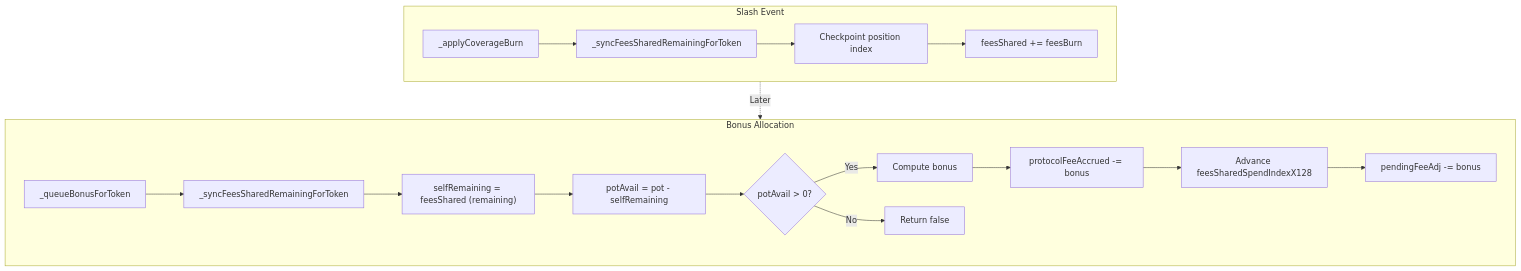
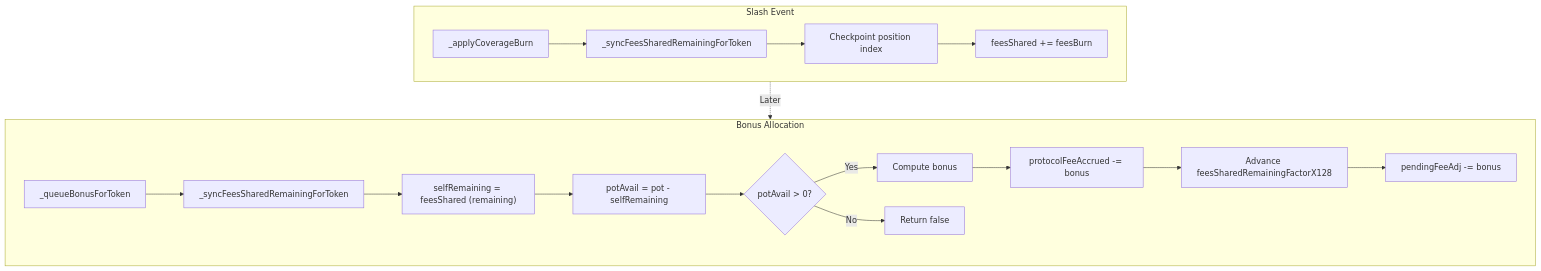
One commit to usherlabs/fiet-public changed the diagram in agents/spec/Self-Excluding-Bonus-Attribution-via-Contribution-Spend-Index.md. Above: the diagram before and after it, drawn with Mermaid. The commit also changed other lines of this file and 25 other files, not shown here.

````diff
--- a/agents/spec/Self-Excluding-Bonus-Attribution-via-Contribution-Spend-Index.md
+++ b/agents/spec/Self-Excluding-Bonus-Attribution-via-Contribution-Spend-Index.md
@@ -292,22 +292,22 @@
 ```mermaid
 flowchart TD
     subgraph slash_event [Slash Event]
         S1[_applyCoverageBurn] --> S2[_syncFeesSharedRemainingForToken]
         S2 --> S3[Checkpoint position index]
         S3 --> S4["feesShared += feesBurn"]
     end
     
     subgraph bonus_allocation [Bonus Allocation]
         B1[_queueBonusForToken] --> B2[_syncFeesSharedRemainingForToken]
         B2 --> B3["selfRemaining = feesShared (remaining)"]
         B3 --> B4["potAvail = pot - selfRemaining"]
         B4 --> B5{potAvail > 0?}
         B5 -->|Yes| B6[Compute bonus]
         B6 --> B7["protocolFeeAccrued -= bonus"]
-        B7 --> B8["Advance feesSharedSpendIndexX128"]
+        B7 --> B8["Advance feesSharedRemainingFactorX128"]
         B8 --> B9["pendingFeeAdj -= bonus"]
         B5 -->|No| B10[Return false]
     end
     
     slash_event -.->|Later| bonus_allocation
 ```
````
